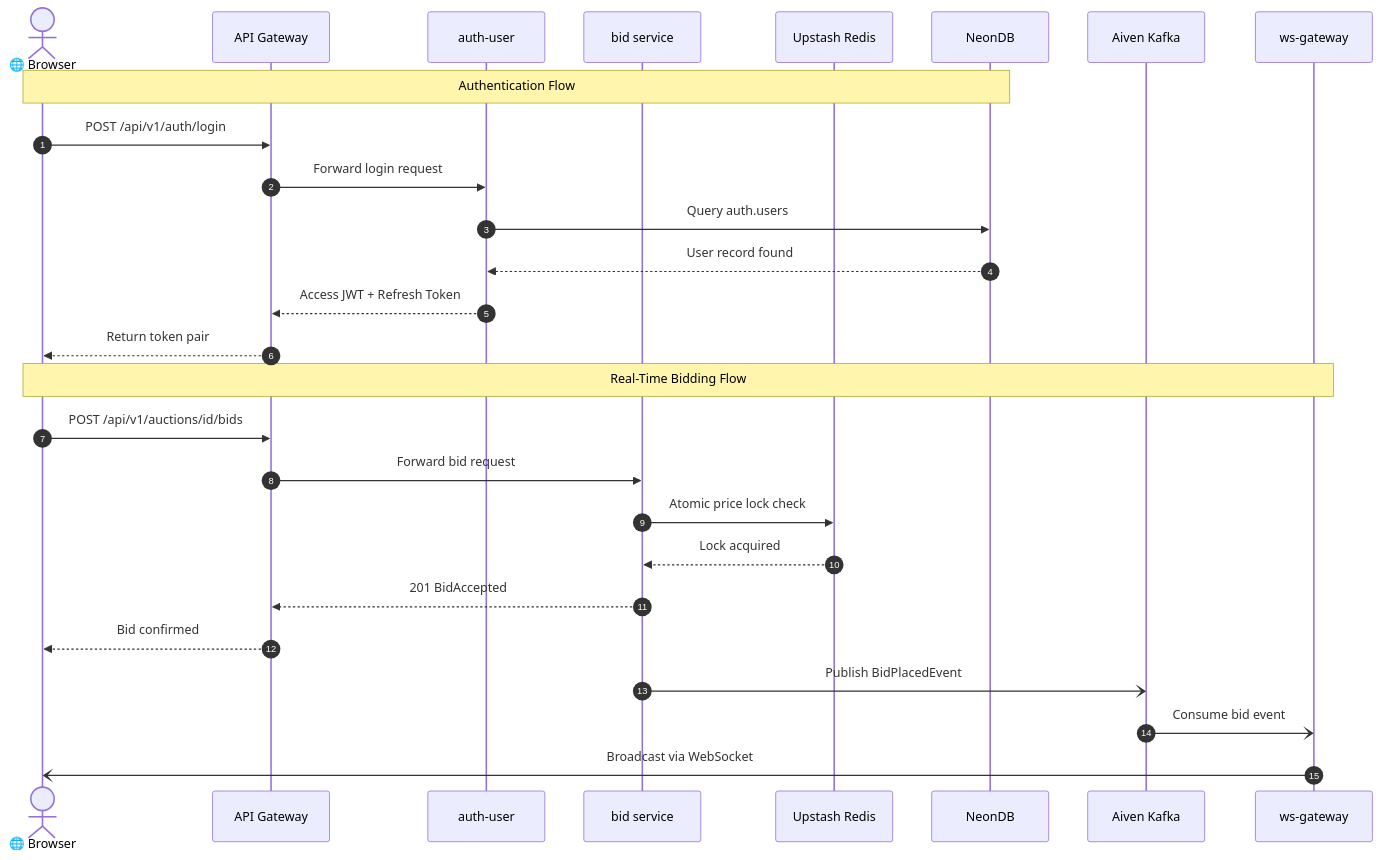
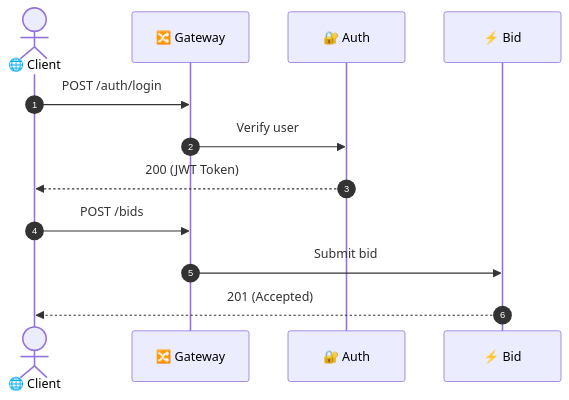
One commit to 24Chessman/ZeoAuction changed the fourth of 5 diagrams in docs/SYSTEM_FEATURES_AND_INTEGRATION.md. Above: the diagram before and after it, drawn with Mermaid. The commit also changed other lines of this file and 5 other files, not shown here.

Commit message:
fix: api gateway

````diff
--- a/docs/SYSTEM_FEATURES_AND_INTEGRATION.md
+++ b/docs/SYSTEM_FEATURES_AND_INTEGRATION.md
@@ -106,31 +83,16 @@
 ```mermaid
 sequenceDiagram
     autonumber
-    actor User as 🌐 Browser
-    participant GW as API Gateway
-    participant Auth as auth-user
-    participant Bid as bid service
-    participant Redis as Upstash Redis
-    participant DB as NeonDB
-    participant Kafka as Aiven Kafka
-    participant WS as ws-gateway
+    actor Client as 🌐 Client
+    participant GW as 🔀 Gateway
+    participant Auth as 🔐 Auth
+    participant Bid as ⚡ Bid
 
-    Note over User,DB: Authentication Flow
-    User->>GW: POST /api/v1/auth/login
-    GW->>Auth: Forward login request
-    Auth->>DB: Query auth.users
-    DB-->>Auth: User record found
-    Auth-->>GW: Access JWT + Refresh Token
-    GW-->>User: Return token pair
+    Client->>GW: POST /auth/login
+    GW->>Auth: Verify user
+    Auth-->>Client: 200 (JWT Token)
 
-    Note over User,WS: Real-Time Bidding Flow
-    User->>GW: POST /api/v1/auctions/id/bids
-    GW->>Bid: Forward bid request
-    Bid->>Redis: Atomic price lock check
-    Redis-->>Bid: Lock acquired
-    Bid-->>GW: 201 BidAccepted
-    GW-->>User: Bid confirmed
-    Bid-)Kafka: Publish BidPlacedEvent
-    Kafka-)WS: Consume bid event
-    WS-)User: Broadcast via WebSocket
+    Client->>GW: POST /bids
+    GW->>Bid: Submit bid
+    Bid-->>Client: 201 (Accepted)
 ```
````
